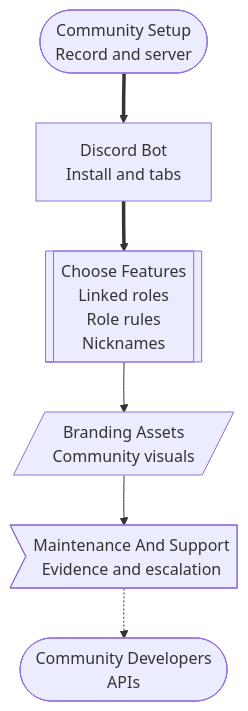
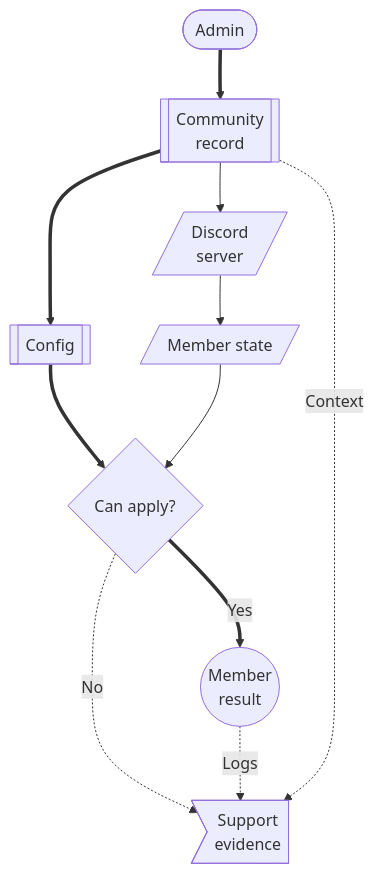
The diagram in docs/community-admins/index.md (ArkanisCorporation/CitizenId-docs), drawn with Mermaid before and after one commit. The commit also changed other lines of this file and 6 other files, not shown here.

Commit message:
docs: refine community admin diagrams

````diff
--- a/docs/community-admins/index.md
+++ b/docs/community-admins/index.md
@@ -24,28 +24,34 @@
 ```mermaid
 flowchart TD
-  setup(["Community Setup<br/>Record and server"])
-  bot["Discord Bot<br/>Install and tabs"]
-  features[["Choose Features<br/>Linked roles<br/>Role rules<br/>Nicknames"]]
-  branding[/"Branding Assets<br/>Community visuals"/]
-  support>Maintenance And Support<br/>Evidence and escalation]
-  developers(["Community Developers<br/>APIs"])
+  admin(["Admin"])
+  record[["Community<br/>record"]]
+  server[/"Discord<br/>server"/]
+  config[["Config"]]
+  state[/Member state/]
+  apply{"Can apply?"}
+  result(("Member<br/>result"))
+  evidence>Support<br/>evidence]
 
-  setup ==> bot
-  bot ==> features
-  features --> branding
-  branding --> support
-  support -.-> developers
+  admin ==> record
+  record --> server
+  record ==> config
+  server --> state
+  config ==> apply
+  state --> apply
+  apply ==>|Yes| result
+  apply -. "No" .-> evidence
+  result -. "Logs" .-> evidence
+  record -. "Context" .-> evidence
 
-  class setup,developers actor;
-  class bot context;
-  class features service;
-  class branding data;
-  class support caution;
+  class admin actor;
+  class record,config service;
+  class server context;
+  class state data;
+  class apply decision;
+  class result success;
+  class evidence caution;
 
-  click setup "/community-admins/community-setup" "Open Community Setup" _self
-  click bot "/community-admins/discord-bot" "Open Discord Bot" _self
-  click features "/community-admins/discord-bot" "Open Discord Bot" _self
-  click branding "/community-admins/branding-assets" "Open Branding Assets" _self
-  click support "/community-admins/maintenance-and-support" "Open Maintenance And Support" _self
-  click developers "/community-developers/" "Open Community Developer Guide" _self
+  click record "/community-admins/community-setup" "Open Community Setup" _self
+  click server "/community-admins/discord-bot" "Open Discord Bot" _self
+  click evidence "/community-admins/maintenance-and-support" "Open Maintenance And Support" _self
 ```
````
